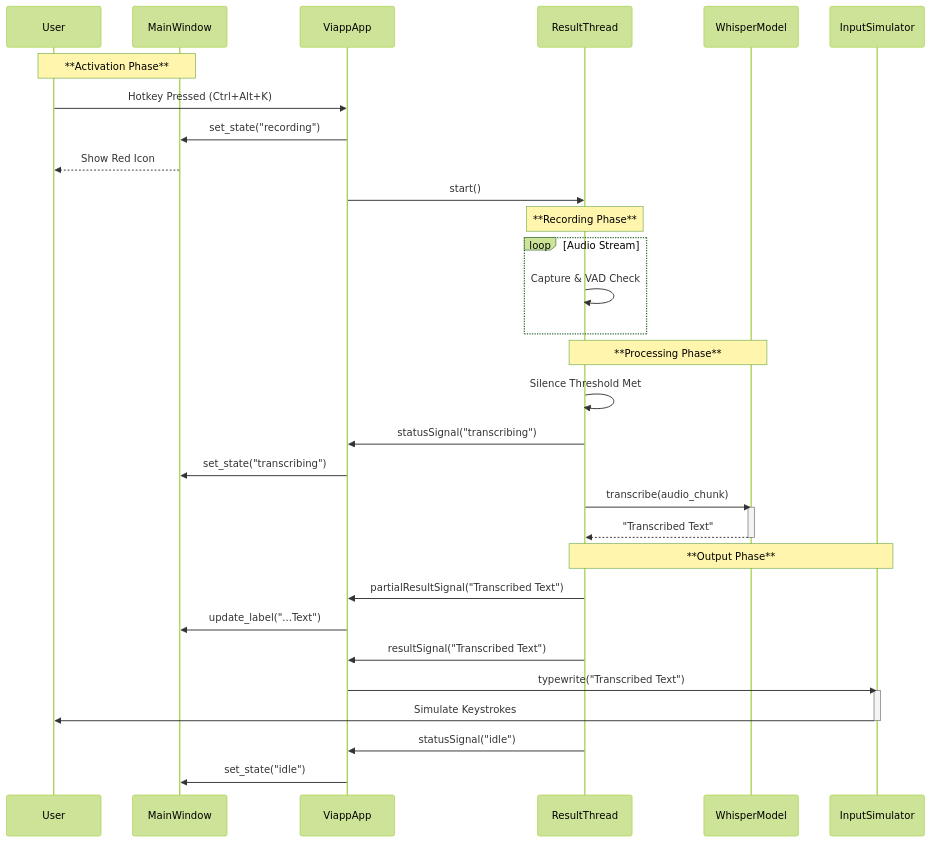
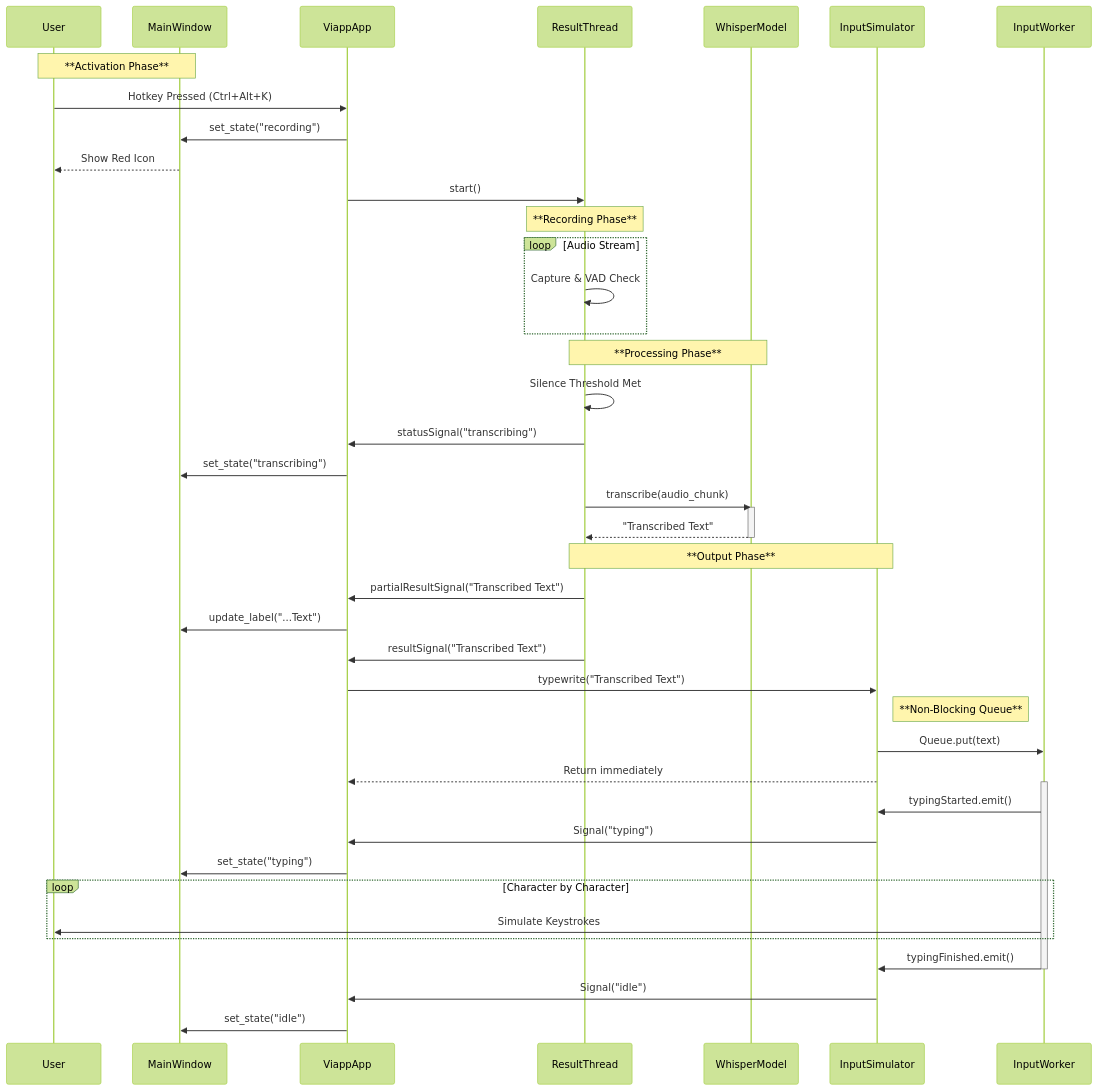
Before and after one commit to amalkp814/viapp: the third of 5 diagrams in process_flow.md, drawn with Mermaid (forest theme). The commit also changed other lines of this file and 3 other files, not shown here.

````diff
--- a/process_flow.md
+++ b/process_flow.md
@@ -92,43 +93,56 @@
 ```mermaid
 sequenceDiagram
     participant User
     participant UI as MainWindow
     participant App as ViappApp
     participant Thread as ResultThread
     participant Model as WhisperModel
     participant Input as InputSimulator
+    participant Worker as InputWorker
 
     Note over User, UI: **Activation Phase**
     User->>App: Hotkey Pressed (Ctrl+Alt+K)
     App->>UI: set_state("recording")
     UI-->>User: Show Red Icon
     App->>Thread: start()
     
     Note over Thread: **Recording Phase**
     loop Audio Stream
         Thread->>Thread: Capture & VAD Check
     end
     
     Note over Thread, Model: **Processing Phase**
     Thread->>Thread: Silence Threshold Met
     Thread->>App: statusSignal("transcribing")
     App->>UI: set_state("transcribing")
     
     Thread->>Model: transcribe(audio_chunk)
     activate Model
     Model-->>Thread: "Transcribed Text"
     deactivate Model
     
     Note over Thread, Input: **Output Phase**
     Thread->>App: partialResultSignal("Transcribed Text")
     App->>UI: update_label("...Text")
     
     Thread->>App: resultSignal("Transcribed Text")
     App->>Input: typewrite("Transcribed Text")
-    activate Input
-    Input->>User: Simulate Keystrokes
-    deactivate Input
     
-    Thread->>App: statusSignal("idle")
+    Note right of Input: **Non-Blocking Queue**
+    Input->>Worker: Queue.put(text)
+    Input-->>App: Return immediately
+    
+    activate Worker
+    Worker->>Input: typingStarted.emit()
+    Input->>App: Signal("typing")
+    App->>UI: set_state("typing")
+    
+    loop Character by Character
+        Worker->>User: Simulate Keystrokes
+    end
+    
+    Worker->>Input: typingFinished.emit()
+    deactivate Worker
+    Input->>App: Signal("idle")
     App->>UI: set_state("idle")
 ```
````
